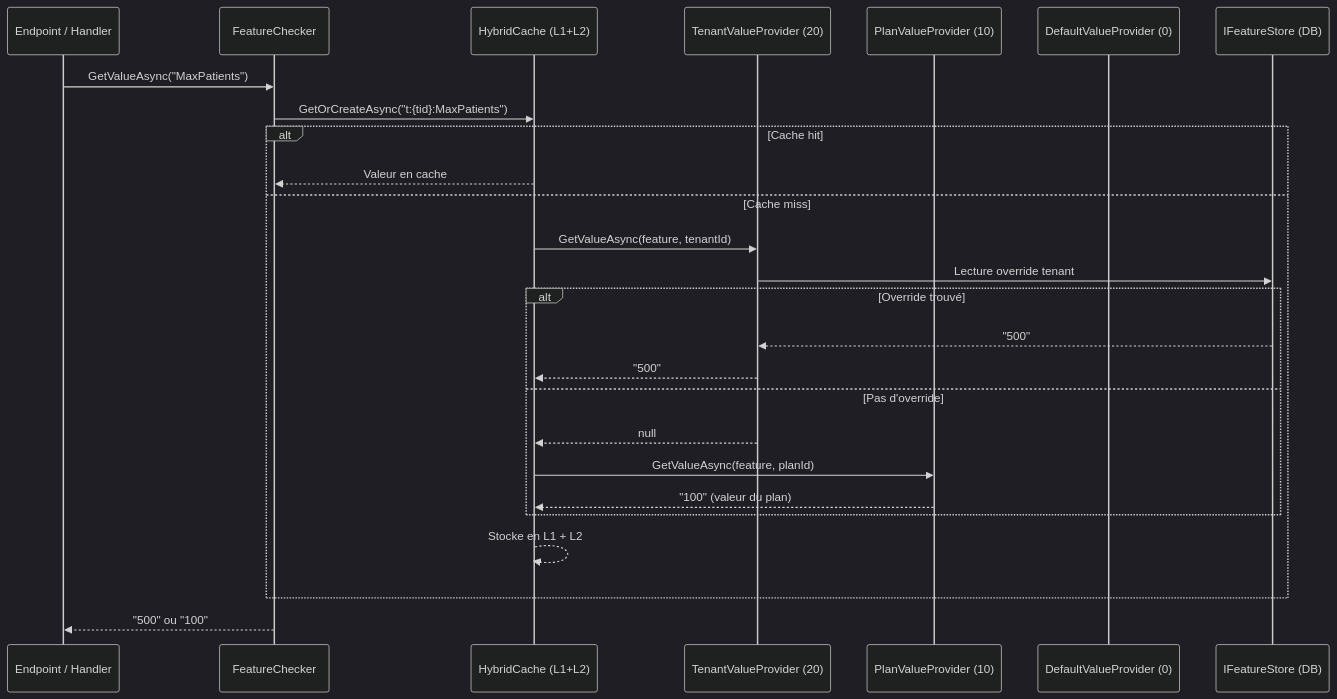
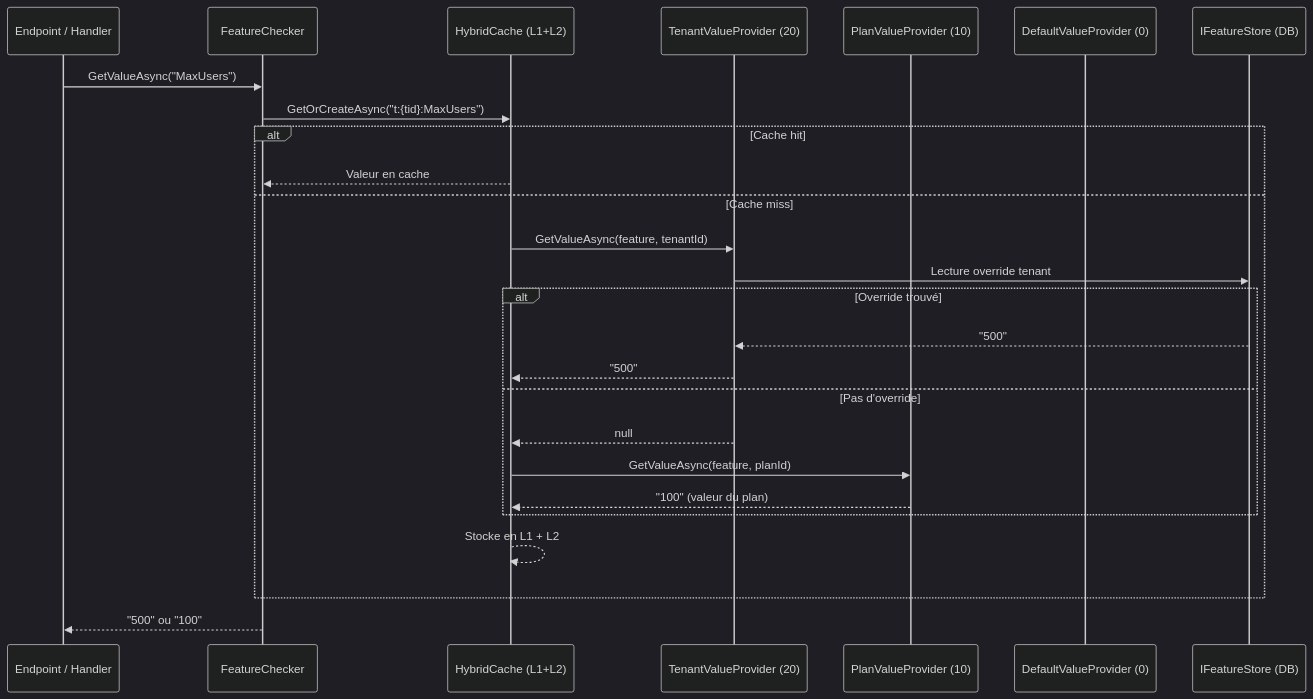
Before and after one commit to enraiz/granit-dotnet: the diagram in docs/patterns/cloud-saas/feature-flags.md, drawn with Mermaid (dark theme). The commit also changed other lines of this file and 85 other files, not shown here.

````diff
--- a/docs/patterns/cloud-saas/feature-flags.md
+++ b/docs/patterns/cloud-saas/feature-flags.md
@@ -18,29 +18,29 @@
 ```mermaid
 sequenceDiagram
     participant API as Endpoint / Handler
     participant FC as FeatureChecker
     participant HC as HybridCache (L1+L2)
     participant TVP as TenantValueProvider (20)
     participant PVP as PlanValueProvider (10)
     participant DVP as DefaultValueProvider (0)
     participant FS as IFeatureStore (DB)
 
-    API->>FC: GetValueAsync("MaxPatients")
-    FC->>HC: GetOrCreateAsync("t:{tid}:MaxPatients")
+    API->>FC: GetValueAsync("MaxUsers")
+    FC->>HC: GetOrCreateAsync("t:{tid}:MaxUsers")
     alt Cache hit
         HC-->>FC: Valeur en cache
     else Cache miss
         HC->>TVP: GetValueAsync(feature, tenantId)
         TVP->>FS: Lecture override tenant
         alt Override trouvé
             FS-->>TVP: "500"
             TVP-->>HC: "500"
         else Pas d'override
             TVP-->>HC: null
             HC->>PVP: GetValueAsync(feature, planId)
             PVP-->>HC: "100" (valeur du plan)
         end
         HC-->>HC: Stocke en L1 + L2
     end
     FC-->>API: "500" ou "100"
 ```
````
